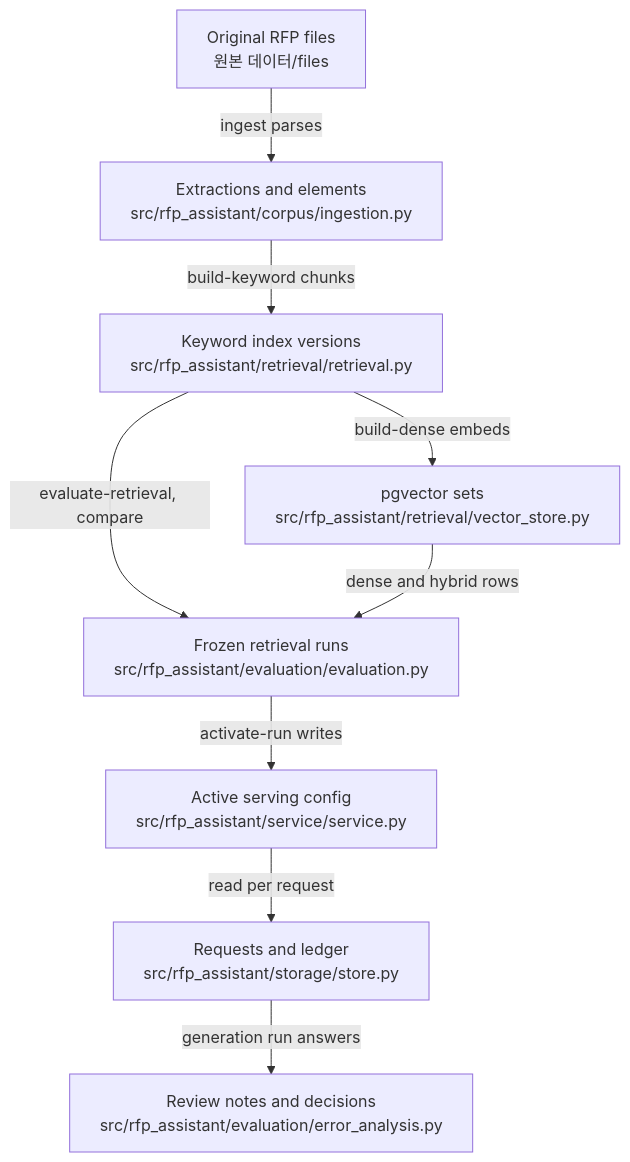
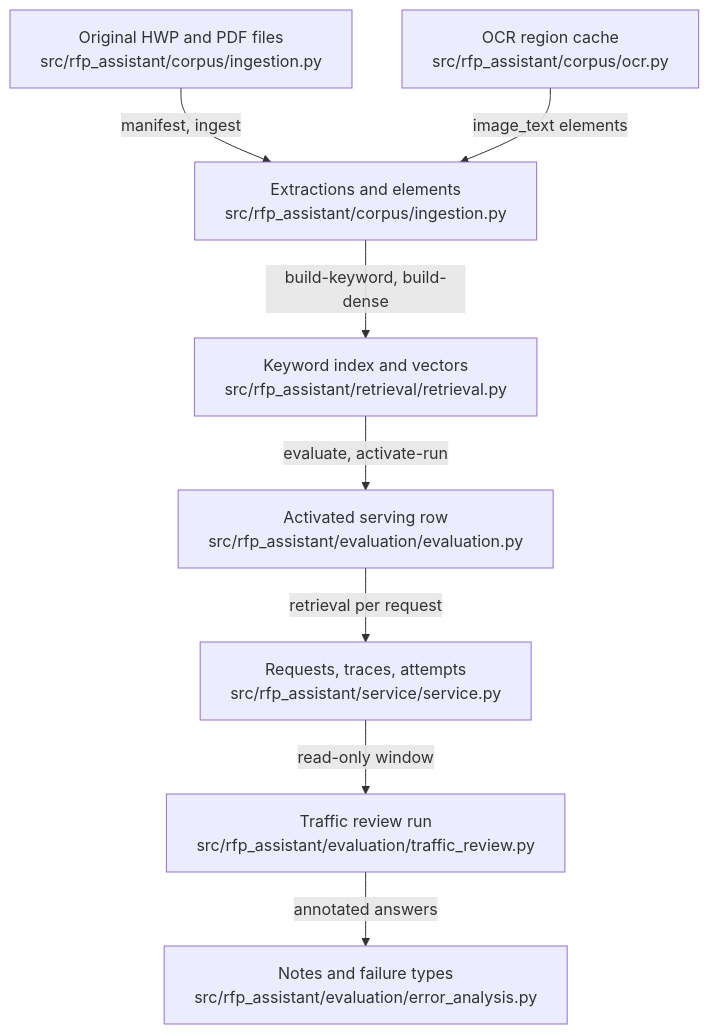
One commit to littleeeeebit/project-codeit-mid changed the diagram in .omm/data-flow/diagram.mmd. Above: the diagram before and after it, drawn with Mermaid. The commit also changed 367 other files, not shown here.

```diff
--- a/.omm/data-flow/diagram.mmd
+++ b/.omm/data-flow/diagram.mmd
@@ -1,17 +1,16 @@
 graph TD
-  originals["Original RFP files\n원본 데이터/files"]
+  originals["Original HWP and PDF files\nsrc/rfp_assistant/corpus/ingestion.py"]
+  ocr-cache["OCR region cache\nsrc/rfp_assistant/corpus/ocr.py"]
   extractions["Extractions and elements\nsrc/rfp_assistant/corpus/ingestion.py"]
-  keyword-indexes["Keyword index versions\nsrc/rfp_assistant/retrieval/retrieval.py"]
-  vector-sets["pgvector sets\nsrc/rfp_assistant/retrieval/vector_store.py"]
-  retrieval-runs["Frozen retrieval runs\nsrc/rfp_assistant/evaluation/evaluation.py"]
-  active-serving["Active serving config\nsrc/rfp_assistant/service/service.py"]
-  answer-records["Requests and ledger\nsrc/rfp_assistant/storage/store.py"]
-  review-store["Review notes and decisions\nsrc/rfp_assistant/evaluation/error_analysis.py"]
-  originals -->|"ingest parses"| extractions
-  extractions -->|"build-keyword chunks"| keyword-indexes
-  keyword-indexes -->|"build-dense embeds"| vector-sets
-  keyword-indexes -->|"evaluate-retrieval, compare"| retrieval-runs
-  vector-sets -->|"dense and hybrid rows"| retrieval-runs
-  retrieval-runs -->|"activate-run writes"| active-serving
-  active-serving -->|"read per request"| answer-records
-  answer-records -->|"generation run answers"| review-store
+  indexes["Keyword index and vectors\nsrc/rfp_assistant/retrieval/retrieval.py"]
+  serving["Activated serving row\nsrc/rfp_assistant/evaluation/evaluation.py"]
+  requests-store["Requests, traces, attempts\nsrc/rfp_assistant/service/service.py"]
+  traffic-review["Traffic review run\nsrc/rfp_assistant/evaluation/traffic_review.py"]
+  failure-notes["Notes and failure types\nsrc/rfp_assistant/evaluation/error_analysis.py"]
+  originals -->|manifest, ingest| extractions
+  ocr-cache -->|image_text elements| extractions
+  extractions -->|build-keyword, build-dense| indexes
+  indexes -->|evaluate, activate-run| serving
+  serving -->|retrieval per request| requests-store
+  requests-store -->|read-only window| traffic-review
+  traffic-review -->|annotated answers| failure-notes
```
